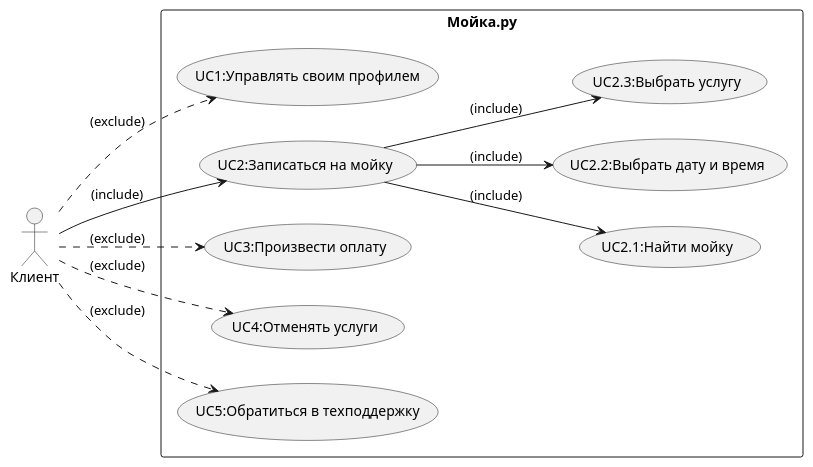
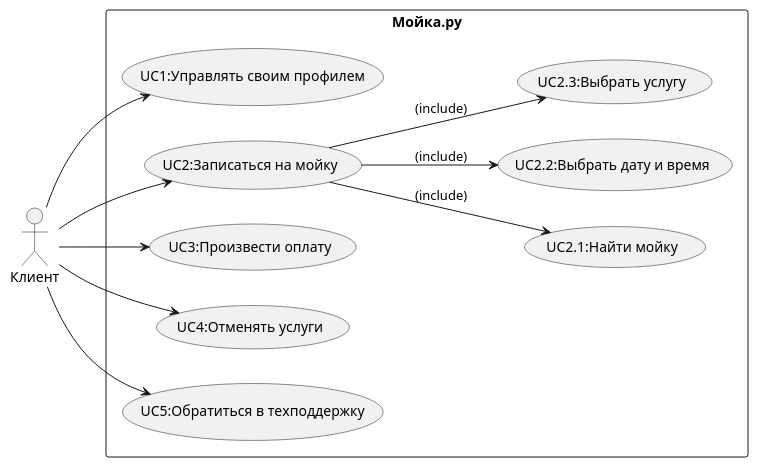
The diagram in README.md (shandro0/Car-wash), drawn with PlantUML before and after one commit. The commit also changed other lines of this file, not shown here.

````diff
--- a/README.md
+++ b/README.md
@@ -21,38 +22,28 @@
 ```plantuml
-
-
-
 
 @startuml
 left to right direction
 actor "Клиент" as client
 
 rectangle  Мойка.ру  {
   usecase "UC1:Управлять своим профилем" as UC1
   usecase "UC2:Записаться на мойку" as UC2
   usecase "UC2.1:Найти мойку" as UC2.1
   usecase "UC2.2:Выбрать дату и время" as UC2.2
   usecase "UC2.3:Выбрать услугу" as UC2.3
   usecase "UC3:Произвести оплату" as UC3
   usecase "UC4:Отменять услуги" as UC4
   usecase "UC5:Обратиться в техподдержку" as UC5
   
 }
-client ..> UC1:(exclude)
-client --> UC2:(include)
+client --> UC1
+client --> UC2
 UC2 --> UC2.1:(include)
 UC2 --> UC2.2:(include)
 UC2 --> UC2.3:(include)
-client ..> UC3:(exclude)
-client ..> UC4:(exclude)
-client ..> UC5:(exclude)
-
-
+client --> UC3
+client --> UC4
+client --> UC5
 
 @enduml
-
-@enduml
-
-
-
 ```
````
